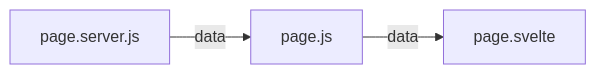
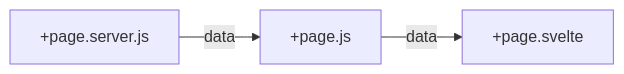
Before and after one commit to datalifenyc/build-sveltekit-movie-app: the diagram in README.md, drawn with Mermaid. The commit also changed other lines of this file and 1 other file, not shown here.

Commit message:
Update loading data docs.

````diff
--- a/README.md
+++ b/README.md
@@ -17,5 +17,4 @@
 ```mermaid
 flowchart LR
-   page.server.js -- data --> page.js -- data --> page.svelte
-
+   +page.server.js -- data --> +page.js -- data --> +page.svelte
 ```
````
